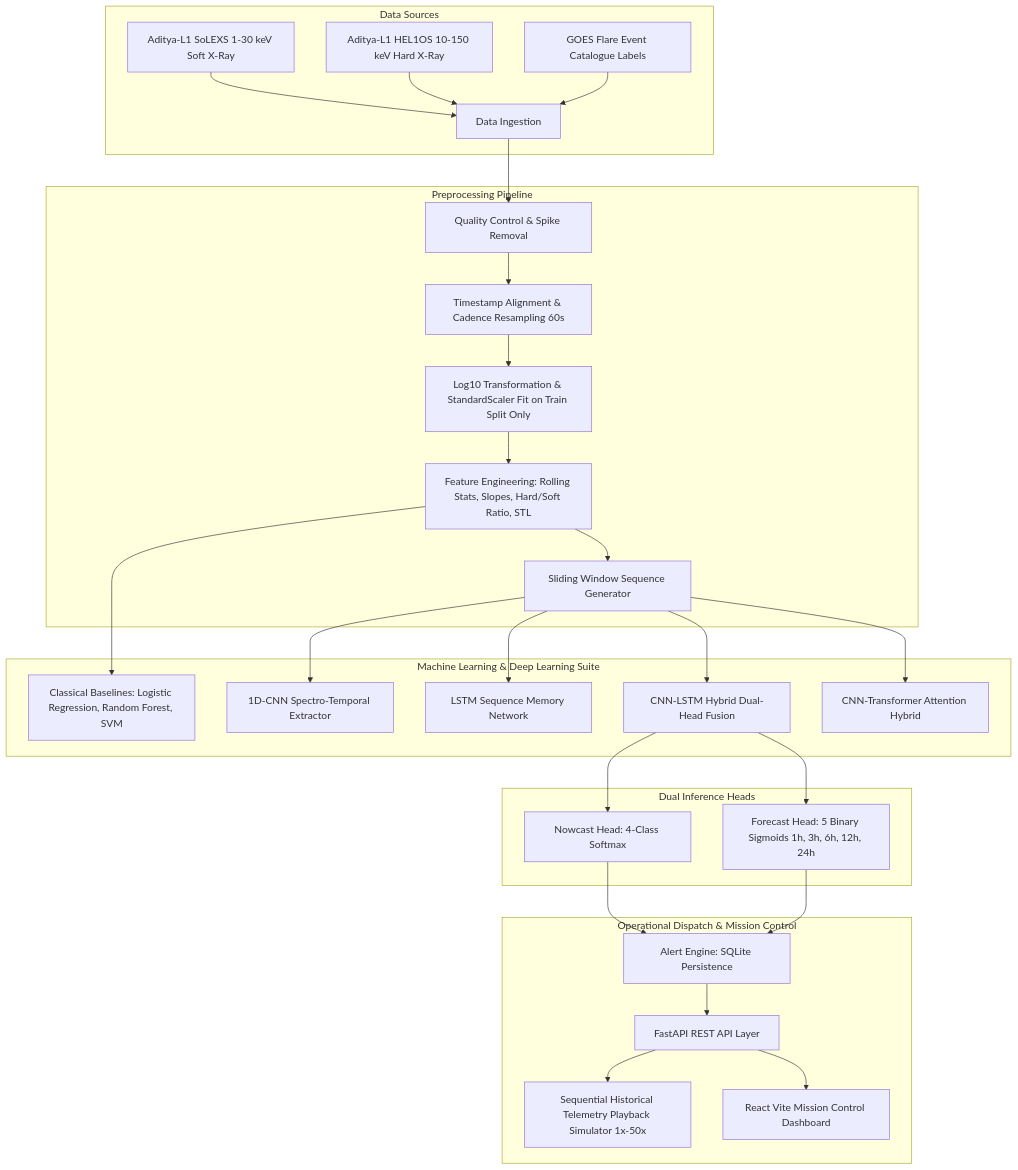
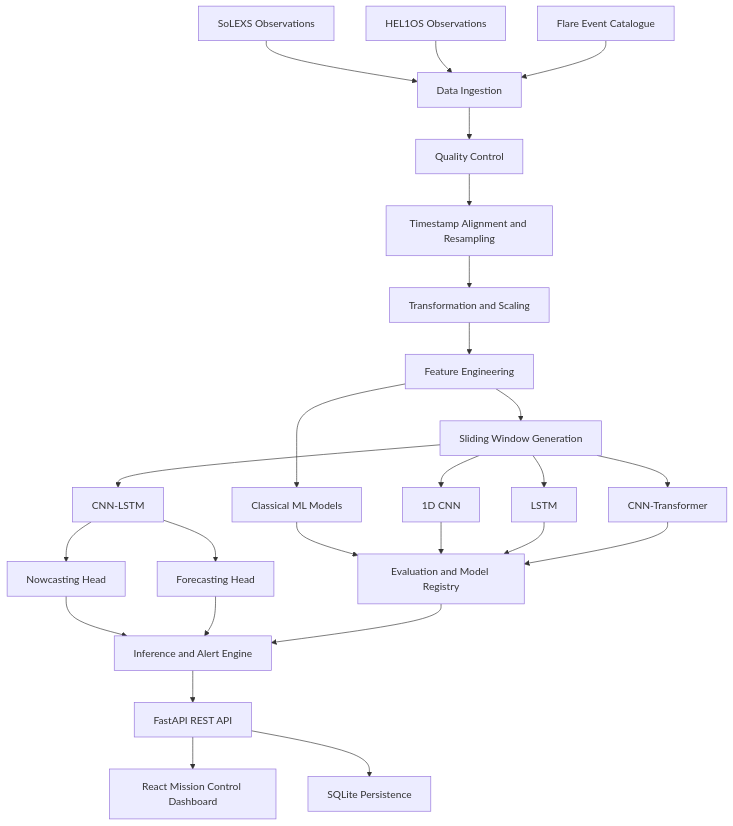
The diagram in README.md (ashutoshrajsingh82-code/solar-ai-flare), drawn with Mermaid before and after one commit. The commit also changed other lines of this file, not shown here.

````diff
--- a/README.md
+++ b/README.md
@@ -64,37 +114,33 @@
 ```mermaid
-graph TD
-    subgraph Data Sources
-        S1[Aditya-L1 SoLEXS 1-30 keV Soft X-Ray] --> B[Data Ingestion]
-        S2[Aditya-L1 HEL1OS 10-150 keV Hard X-Ray] --> B
-        S3[GOES Flare Event Catalogue Labels] --> B
-    end
+flowchart TD
+    A[SoLEXS Observations] --> D[Data Ingestion]
+    B[HEL1OS Observations] --> D
+    C[Flare Event Catalogue] --> D
 
-    subgraph Preprocessing Pipeline
-        B --> QC[Quality Control & Spike Removal]
-        QC --> AL[Timestamp Alignment & Cadence Resampling 60s]
-        AL --> SC[Log10 Transformation & StandardScaler Fit on Train Split Only]
-        SC --> FE[Feature Engineering: Rolling Stats, Slopes, Hard/Soft Ratio, STL]
-        FE --> WG[Sliding Window Sequence Generator]
-    end
+    D --> E[Quality Control]
+    E --> F[Timestamp Alignment and Resampling]
+    F --> G[Transformation and Scaling]
+    G --> H[Feature Engineering]
+    H --> I[Sliding Window Generation]
 
-    subgraph Machine Learning & Deep Learning Suite
-        FE --> M1[Classical Baselines: Logistic Regression, Random Forest, SVM]
-        WG --> M2[1D-CNN Spectro-Temporal Extractor]
-        WG --> M3[LSTM Sequence Memory Network]
-        WG --> M4[CNN-LSTM Hybrid Dual-Head Fusion]
-        WG --> M5[CNN-Transformer Attention Hybrid]
-    end
+    H --> J[Classical ML Models]
+    I --> K[1D CNN]
+    I --> L[LSTM]
+    I --> M[CNN-LSTM]
+    I --> N[CNN-Transformer]
 
-    subgraph Dual Inference Heads
-        M4 --> H1[Nowcast Head: 4-Class Softmax]
-        M4 --> H2[Forecast Head: 5 Binary Sigmoids 1h, 3h, 6h, 12h, 24h]
-    end
+    M --> O[Nowcasting Head]
+    M --> P[Forecasting Head]
 
-    subgraph Operational Dispatch & Mission Control
-        H1 --> AE[Alert Engine: SQLite Persistence]
-        H2 --> AE
-        AE --> API[FastAPI REST API Layer]
-        API --> SIM[Sequential Historical Telemetry Playback Simulator 1x-50x]
-        API --> UI[React Vite Mission Control Dashboard]
-    end
+    J --> Q[Evaluation and Model Registry]
+    K --> Q
+    L --> Q
+    N --> Q
+    O --> R[Inference and Alert Engine]
+    P --> R
+    Q --> R
+
+    R --> S[FastAPI REST API]
+    S --> T[React Mission Control Dashboard]
+    S --> U[SQLite Persistence]
 ```
````
